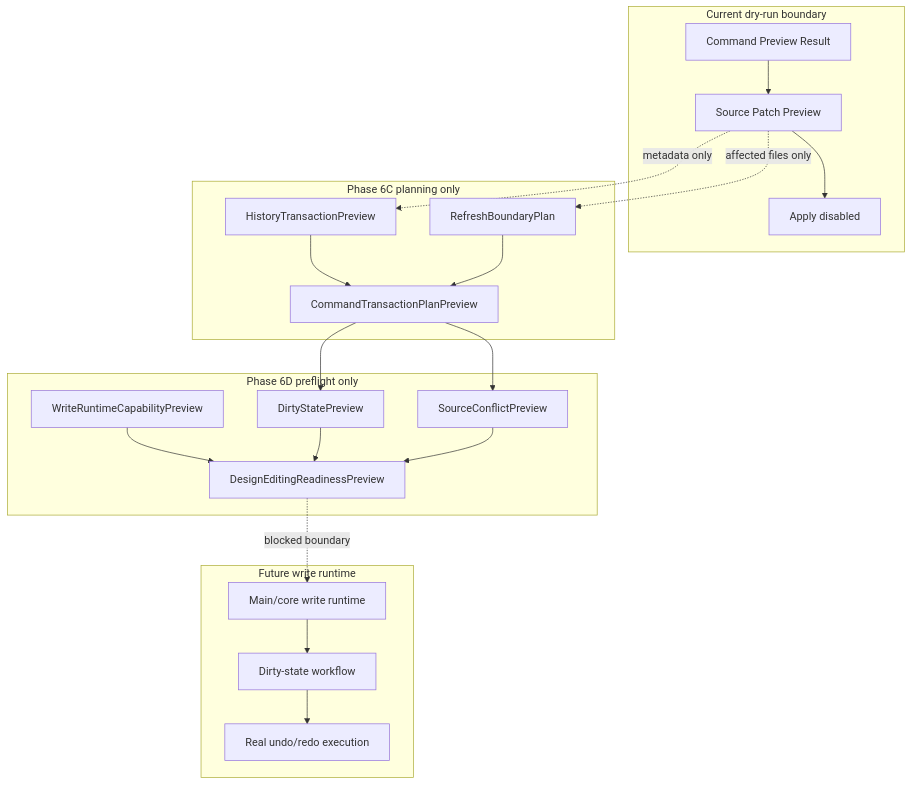
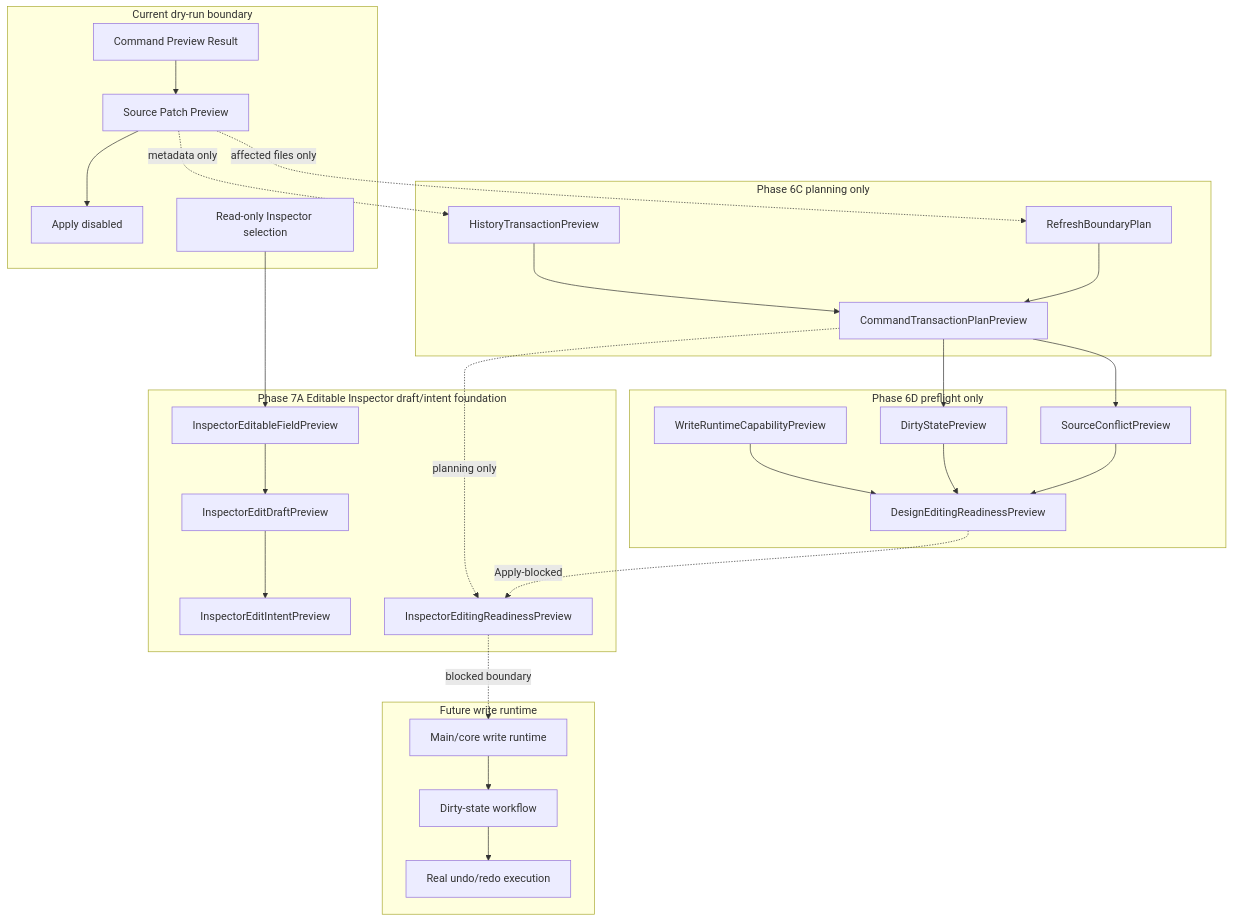
One commit to krestosa/Crystal changed the diagram in docs/architecture/flows/future-write-flow.md. Above: the diagram before and after it, drawn with Mermaid. The commit also changed other lines of this file, not shown here.

Commit message:
Document inspector editing future write boundary

````diff
--- a/docs/architecture/flows/future-write-flow.md
+++ b/docs/architecture/flows/future-write-flow.md
@@ -83,40 +90,51 @@
 ```mermaid
 flowchart TD
   subgraph Current[Current dry-run boundary]
     CommandPreview[Command Preview Result]
     PatchPreview[Source Patch Preview]
     ApplyDisabled[Apply disabled]
+    InspectorSelection[Read-only Inspector selection]
   end
 
   subgraph Phase6C[Phase 6C planning only]
     HistoryPreview[HistoryTransactionPreview]
     RefreshPlan[RefreshBoundaryPlan]
     TransactionPlan[CommandTransactionPlanPreview]
   end
 
   subgraph Phase6D[Phase 6D preflight only]
     Dirty[DirtyStatePreview]
     Conflict[SourceConflictPreview]
     Runtime[WriteRuntimeCapabilityPreview]
     Readiness[DesignEditingReadinessPreview]
+  end
+
+  subgraph Phase7A[Phase 7A Editable Inspector draft/intent foundation]
+    Field[InspectorEditableFieldPreview]
+    Draft[InspectorEditDraftPreview]
+    Intent[InspectorEditIntentPreview]
+    InspectorReady[InspectorEditingReadinessPreview]
   end
 
   subgraph Future[Future write runtime]
     WriteRuntime[Main/core write runtime]
     DirtyState[Dirty-state workflow]
     RealHistory[Real undo/redo execution]
   end
 
   CommandPreview --> PatchPreview --> ApplyDisabled
   PatchPreview -. metadata only .-> HistoryPreview
   PatchPreview -. affected files only .-> RefreshPlan
   HistoryPreview --> TransactionPlan
   RefreshPlan --> TransactionPlan
   TransactionPlan --> Dirty
   TransactionPlan --> Conflict
   Runtime --> Readiness
   Dirty --> Readiness
   Conflict --> Readiness
-  Readiness -. blocked boundary .-> WriteRuntime
+  InspectorSelection --> Field --> Draft --> Intent
+  TransactionPlan -. planning only .-> InspectorReady
+  Readiness -. Apply-blocked .-> InspectorReady
+  InspectorReady -. blocked boundary .-> WriteRuntime
   WriteRuntime --> DirtyState --> RealHistory
 ```
````
